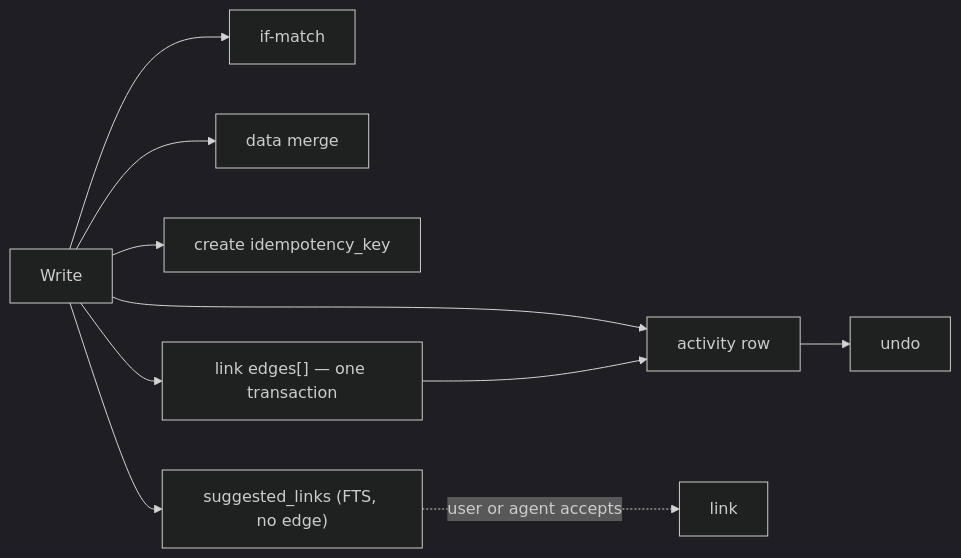
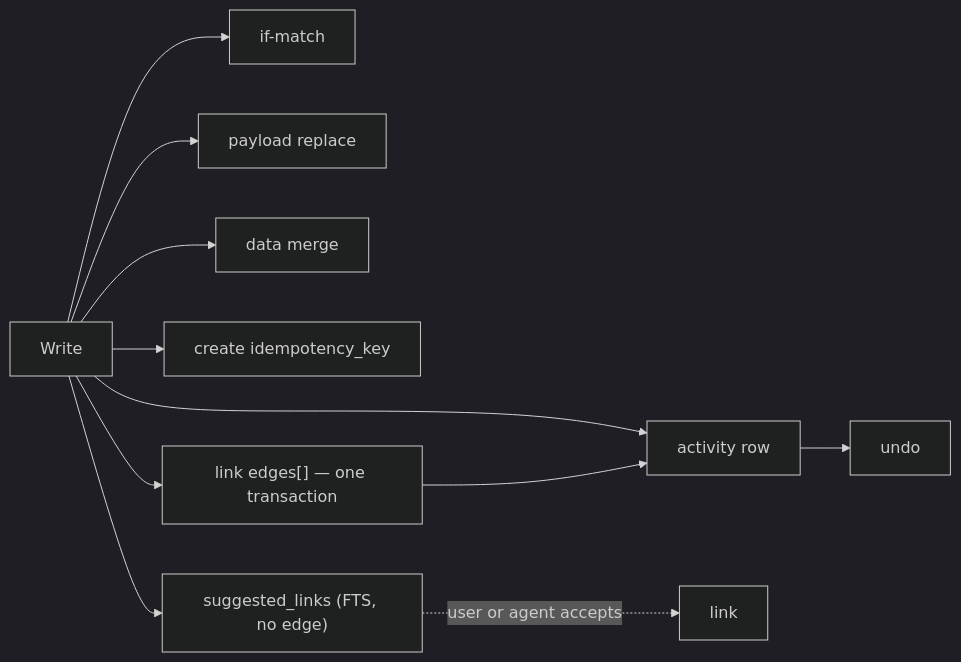
Before and after one commit to dgraziosi/foundation: the sixth of 10 diagrams in docs/ARCHITECTURE.md, drawn with Mermaid (dark theme). The commit also changed other lines of this file and 3 other files, not shown here.

First line of the commit message:
docs: fold current-picture contract into MCP, architecture, and skill

````diff
--- a/docs/ARCHITECTURE.md
+++ b/docs/ARCHITECTURE.md
@@ -157,12 +159,13 @@
 ```mermaid
 flowchart LR
   write["Write"] --> cas["if-match"]
+  write --> payload_replace["payload replace"]
   write --> data_merge["data merge"]
   write --> idemp["create idempotency_key"]
   write --> activity["activity row"]
   write --> suggestions["suggested_links (FTS, no edge)"]
   write --> batch_link["link edges[] — one transaction"]
   activity --> undo["undo"]
   suggestions -.->|"user or agent accepts"| link_write["link"]
   batch_link --> activity
 ```
````
